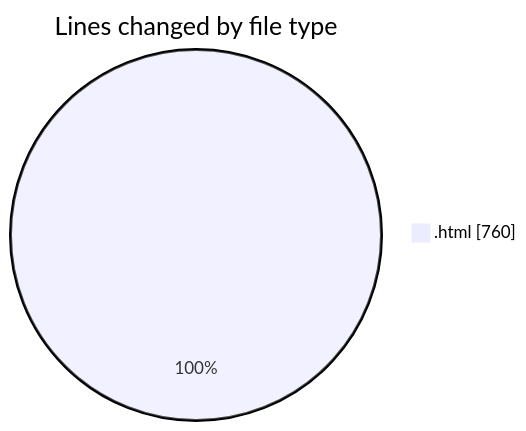
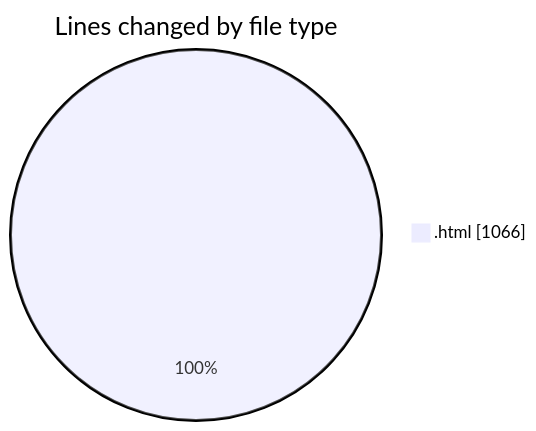
One commit to robertbonfada/code-tracking changed the first of 2 diagrams in 2025-06-22/mosaico-test-3/README.md. Above: the diagram before and after it, drawn with Mermaid. The commit also changed other lines of this file and 1 other file, not shown here.

````diff
--- a/2025-06-22/mosaico-test-3/README.md
+++ b/2025-06-22/mosaico-test-3/README.md
@@ -20,5 +20,5 @@
 ```mermaid
 pie showData
 title Lines changed by file type
-".html" : 760
+".html" : 1066
 ```
````
